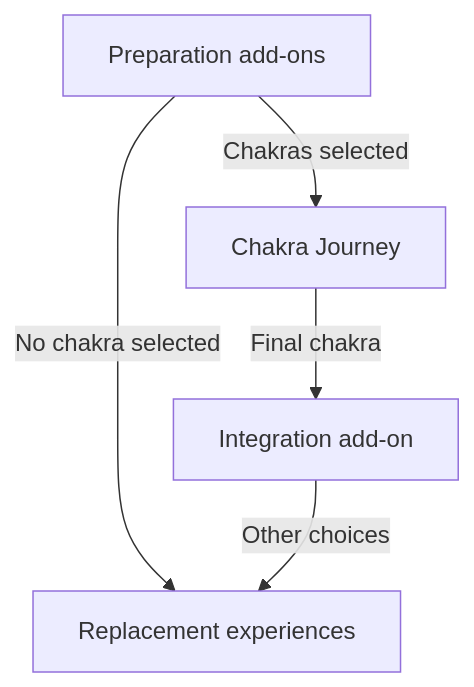
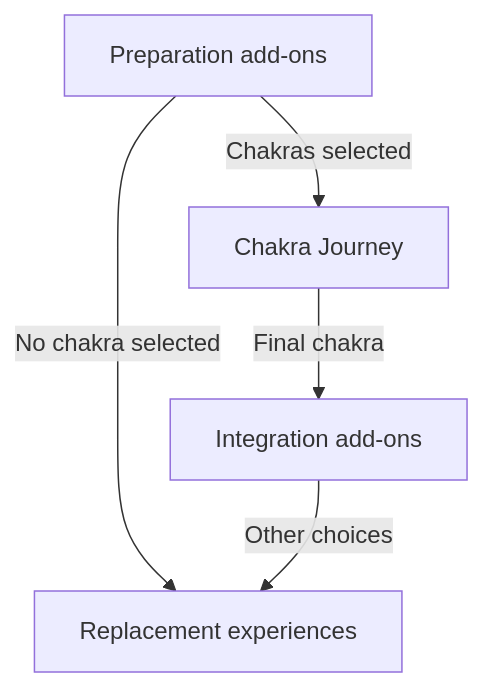
One commit to missionode/lite changed diagram 13 of 28 in docs/app-map/FLOW-REFERENCE.md. Above: the diagram before and after it, drawn with Mermaid. The commit also changed other lines of this file and 16 other files, not shown here.

````diff
--- a/docs/app-map/FLOW-REFERENCE.md
+++ b/docs/app-map/FLOW-REFERENCE.md
@@ -631,11 +631,11 @@
 ```mermaid
 flowchart TD
   prepare["Preparation add-ons"]
   chakras["Chakra Journey"]
-  integrate["Integration add-on"]
+  integrate["Integration add-ons"]
   separate["Replacement experiences"]
   prepare -->|"Chakras selected"| chakras
   prepare -->|"No chakra selected"| separate
   chakras -->|"Final chakra"| integrate
   integrate -->|"Other choices"| separate
 ```
````
